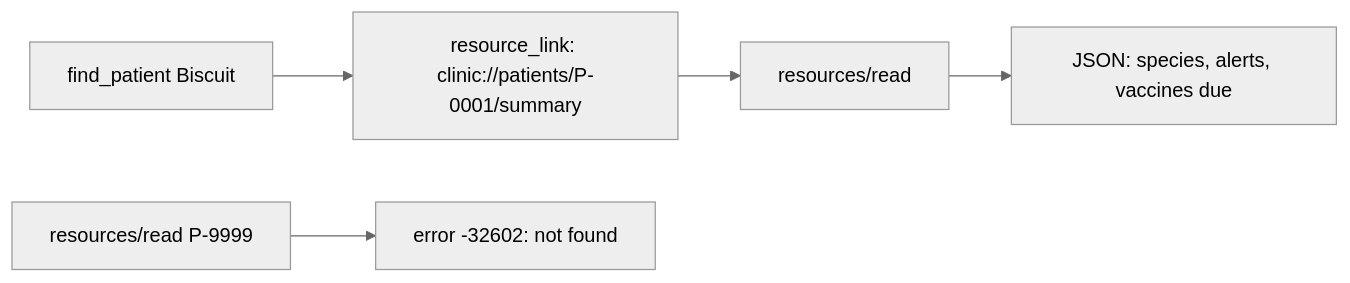
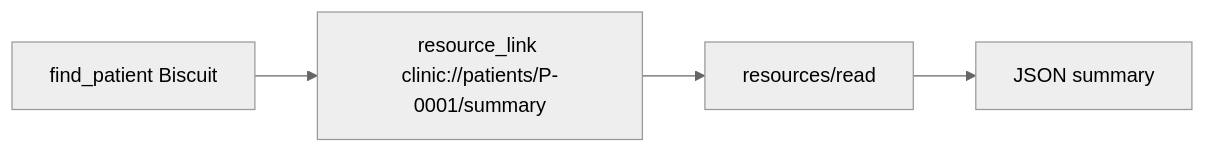
The diagram in parts/02-pick-the-right-tool/05-add-records-as-resources/problem/README.md (learnwithparam/mcp-workshop), drawn with Mermaid (neutral theme) before and after one commit. The commit also changed other lines of this file and 153 other files, not shown here.

````diff
--- a/parts/02-pick-the-right-tool/05-add-records-as-resources/problem/README.md
+++ b/parts/02-pick-the-right-tool/05-add-records-as-resources/problem/README.md
@@ -13,7 +7,4 @@
 ```mermaid
 flowchart LR
-  F[find_patient Biscuit] --> L[resource_link: clinic://patients/P-0001/summary]
-  L --> R[resources/read]
-  R --> J[JSON: species, alerts, vaccines due]
-  U[resources/read P-9999] --> E[error -32602: not found]
+  F[find_patient Biscuit] --> L[resource_link clinic://patients/P-0001/summary] --> R[resources/read] --> J[JSON summary]
 ```
````
